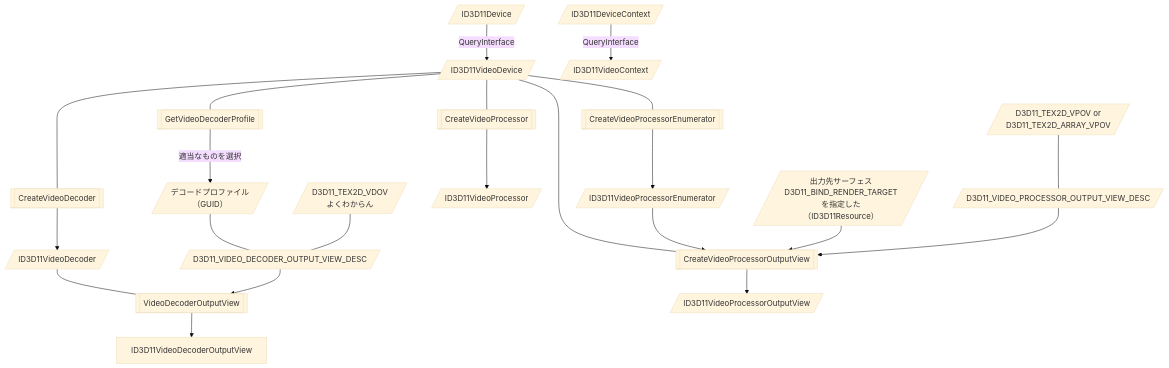
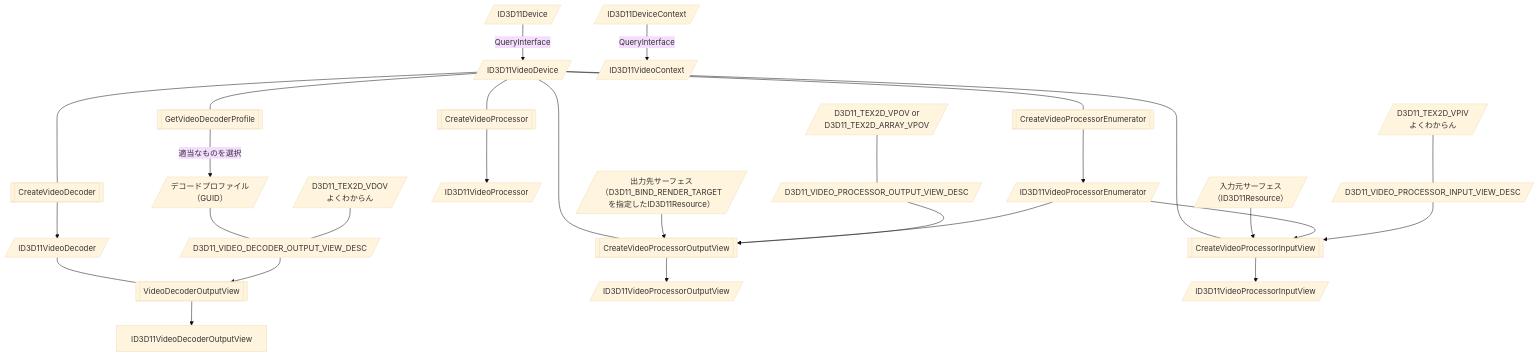
Before and after one commit to t3HyperParallel/ReportGPGPU: the seventh of 7 diagrams in README.md, drawn with Mermaid (base theme). The commit also changed other lines of this file, not shown here.

Commit message:
ID3D11VideoProcessorInputViewについて追記

````diff
--- a/README.md
+++ b/README.md
@@ -230,44 +240,58 @@
 ```mermaid
 flowchart TD
   ID3D11Device[/"ID3D11Device"/]
   --"QueryInterface"-->ID3D11VideoDevice[/"ID3D11VideoDevice"/]
 
 
   ID3D11VideoDevice
   ---CreateVideoDecoder[["CreateVideoDecoder"]]
   -->ID3D11VideoDecoder[/"ID3D11VideoDecoder"/]
   ---CreateVideoDecoderOutputView[["VideoDecoderOutputView"]]
   -->ID3D11VideoDecoderOutputView
 
   ID3D11VideoDevice
   ---GetVideoDecoderProfile[["GetVideoDecoderProfile"]]
   --"適当なものを選択"-->decoderProfile[/"デコードプロファイル\n（GUID）"/]
   ---D3D11_VIDEO_DECODER_OUTPUT_VIEW_DESC[/"D3D11_VIDEO_DECODER_OUTPUT_VIEW_DESC"/]
   -->CreateVideoDecoderOutputView
   D3D11_TEX2D_VDOV[/"D3D11_TEX2D_VDOV\nよくわからん"/]
   ---D3D11_VIDEO_DECODER_OUTPUT_VIEW_DESC
 
 
   ID3D11VideoDevice
   ---CreateVideoProcessor[["CreateVideoProcessor"]]
   -->ID3D11VideoProcessor[/"ID3D11VideoProcessor"/]
 
 
   ID3D11VideoDevice
+  ---CreateVideoProcessorEnumerator[["CreateVideoProcessorEnumerator"]]
+  -->ID3D11VideoProcessorEnumerator[/"ID3D11VideoProcessorEnumerator"/]
+
+  ID3D11VideoDevice
   ---CreateVideoProcessorOutputView[["CreateVideoProcessorOutputView"]]
   -->ID3D11VideoProcessorOutputView[/"ID3D11VideoProcessorOutputView"/]
 
-  ID3D11VideoDevice
-  ---CreateVideoProcessorEnumerator[["CreateVideoProcessorEnumerator"]]
-  -->ID3D11VideoProcessorEnumerator[/"ID3D11VideoProcessorEnumerator"/]
+  ID3D11Resource_output[/"出力先サーフェス\n（D3D11_BIND_RENDER_TARGET\nを指定したID3D11Resource）"/]
   -->CreateVideoProcessorOutputView
-  ID3D11Resource[/"出力先サーフェス\nD3D11_BIND_RENDER_TARGETを指定した\n（ID3D11Resource）"/]
+  ID3D11VideoProcessorEnumerator
   -->CreateVideoProcessorOutputView
   D3D11_TEX2D_VPOV[/"D3D11_TEX2D_VPOV or\nD3D11_TEX2D_ARRAY_VPOV"/]
   ---D3D11_VIDEO_PROCESSOR_OUTPUT_VIEW_DESC[/"D3D11_VIDEO_PROCESSOR_OUTPUT_VIEW_DESC"/]
   -->CreateVideoProcessorOutputView
 
+  ID3D11VideoDevice
+  ---CreateVideoProcessorInputView[["CreateVideoProcessorInputView"]]
+  -->ID3D11VideoProcessorInputView[/"ID3D11VideoProcessorInputView"/]
+
+  ID3D11Resource_input[/"入力元サーフェス\n（ID3D11Resource）"/]
+  -->CreateVideoProcessorInputView
+  ID3D11VideoProcessorEnumerator
+  -->CreateVideoProcessorInputView
+  D3D11_TEX2D_VPIV[/"D3D11_TEX2D_VPIV\nよくわからん"/]
+  ---D3D11_VIDEO_PROCESSOR_INPUT_VIEW_DESC[/""D3D11_VIDEO_PROCESSOR_INPUT_VIEW_DESC/]
+  -->CreateVideoProcessorInputView
+
 
   ID3D11DeviceContext[/"ID3D11DeviceContext"/]
   --"QueryInterface"-->ID3D11VideoContext[/"ID3D11VideoContext"/]
 ```
````
